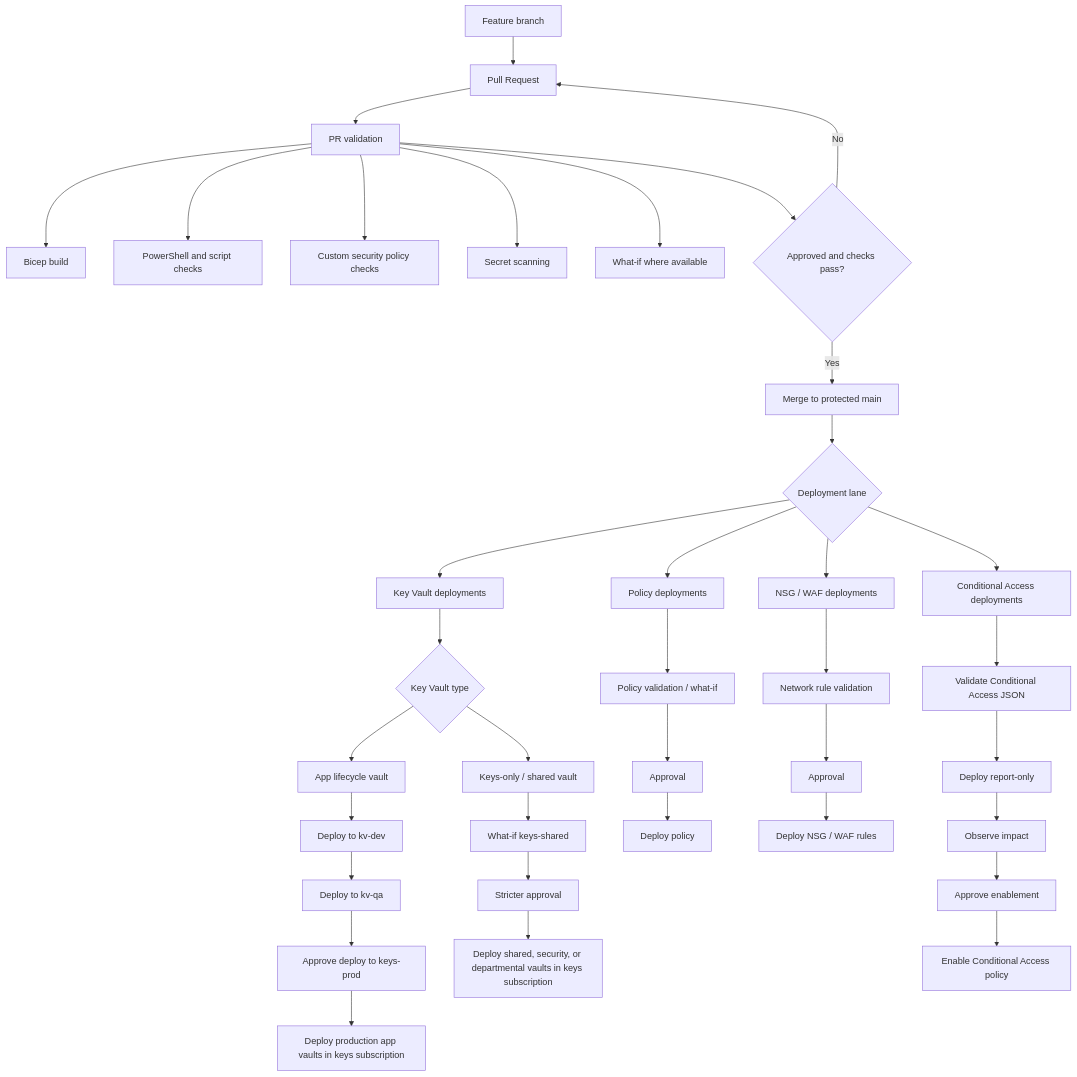
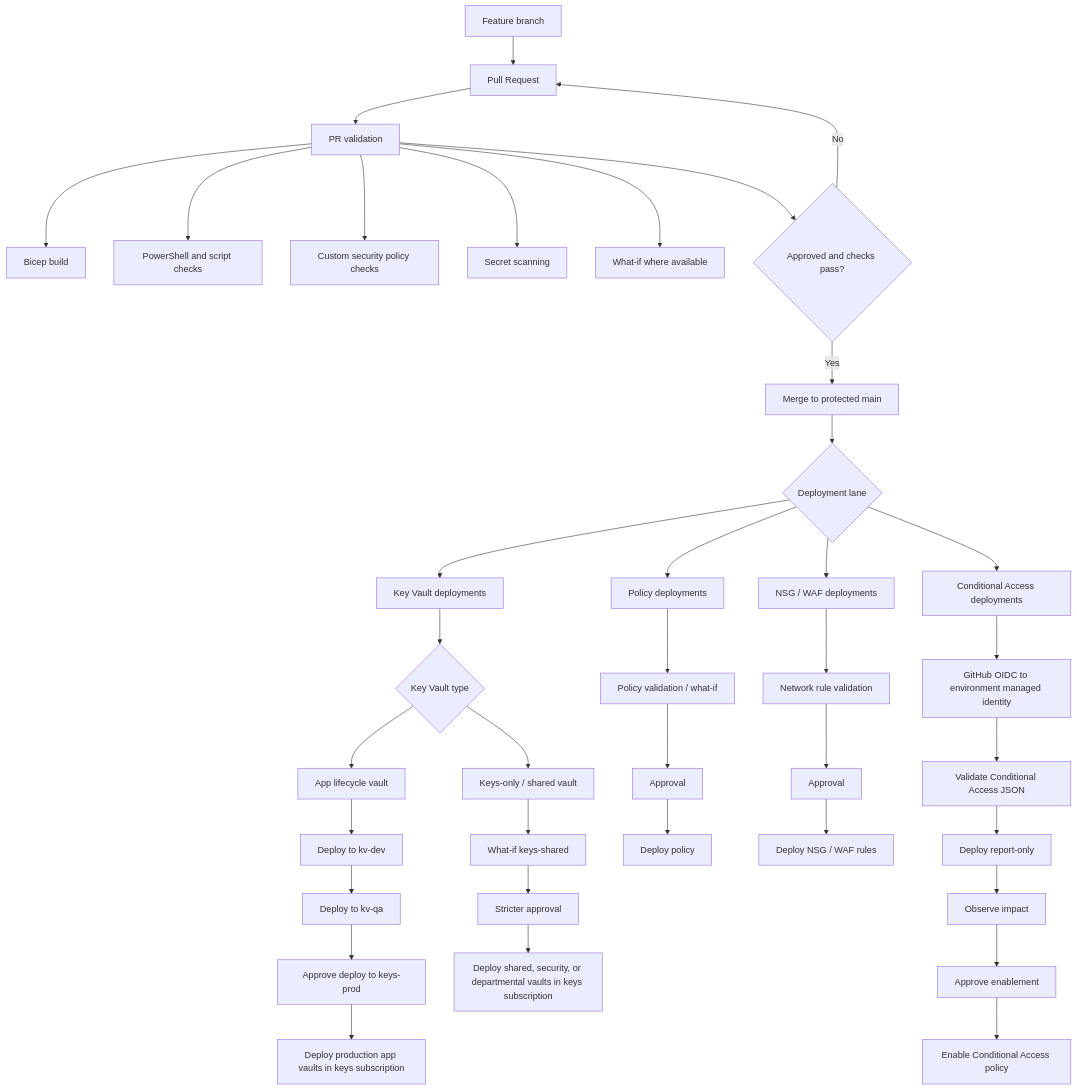
One commit to joeypshell/security-test changed the diagram in docs/diagrams/deployment-flows.md. Above: the diagram before and after it, drawn with Mermaid. The commit also changed 11 other files, not shown here.

````diff
--- a/docs/diagrams/deployment-flows.md
+++ b/docs/diagrams/deployment-flows.md
@@ -5,49 +5,50 @@
 ```mermaid
 flowchart TD
     A["Feature branch"] --> B["Pull Request"]
 
     B --> C["PR validation"]
     C --> C1["Bicep build"]
     C --> C2["PowerShell and script checks"]
     C --> C3["Custom security policy checks"]
     C --> C4["Secret scanning"]
     C --> C5["What-if where available"]
 
     C --> D{"Approved and checks pass?"}
     D -- "No" --> B
     D -- "Yes" --> E["Merge to protected main"]
 
     E --> F{"Deployment lane"}
 
     F --> G["Key Vault deployments"]
     F --> H["Policy deployments"]
     F --> I["NSG / WAF deployments"]
     F --> J["Conditional Access deployments"]
 
     G --> K{"Key Vault type"}
 
     K --> L["App lifecycle vault"]
     L --> L1["Deploy to kv-dev"]
     L1 --> L2["Deploy to kv-qa"]
     L2 --> L3["Approve deploy to keys-prod"]
     L3 --> L4["Deploy production app vaults in keys subscription"]
 
     K --> M["Keys-only / shared vault"]
     M --> M1["What-if keys-shared"]
     M1 --> M2["Stricter approval"]
     M2 --> M3["Deploy shared, security, or departmental vaults in keys subscription"]
 
     H --> H1["Policy validation / what-if"]
     H1 --> H2["Approval"]
     H2 --> H3["Deploy policy"]
 
     I --> I1["Network rule validation"]
     I1 --> I2["Approval"]
     I2 --> I3["Deploy NSG / WAF rules"]
 
-    J --> J1["Validate Conditional Access JSON"]
+    J --> J0["GitHub OIDC to environment managed identity"]
+    J0 --> J1["Validate Conditional Access JSON"]
     J1 --> J2["Deploy report-only"]
     J2 --> J3["Observe impact"]
     J3 --> J4["Approve enablement"]
     J4 --> J5["Enable Conditional Access policy"]
 ```
````
